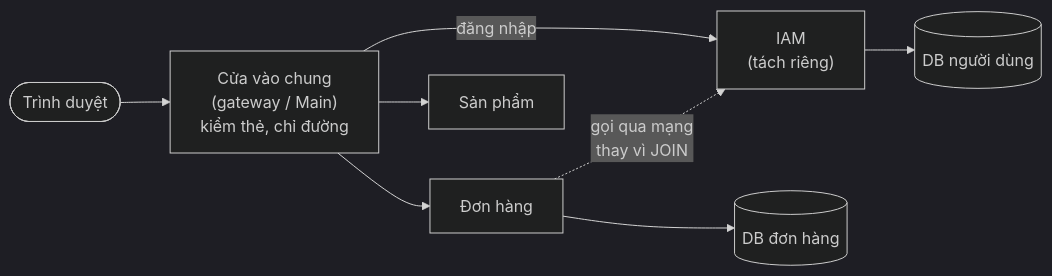
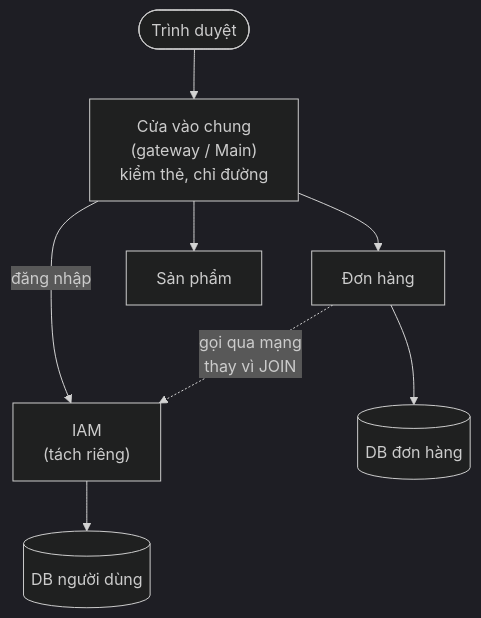
The diagram in content/posts/2026-11-18-api-architecture.md (duongbui234/software-engineering-atlas), drawn with Mermaid (dark theme) before and after one commit. The commit also changed 18 other files, not shown here.

First line of the commit message:
MQ-03 exchange-type comparison, and readable Mermaid diagrams (#6)

````diff
--- a/content/posts/2026-11-18-api-architecture.md
+++ b/content/posts/2026-11-18-api-architecture.md
@@ -53,10 +53,10 @@
 ```mermaid
-flowchart LR
+flowchart TB
     B([Trình duyệt]) --> G["Cửa vào chung<br/>(gateway / Main)<br/>kiểm thẻ, chỉ đường"]
     G --> O["Đơn hàng"]
     G --> P["Sản phẩm"]
     G -- "đăng nhập" --> I["IAM<br/>(tách riêng)"]
     O -. "gọi qua mạng<br/>thay vì JOIN" .-> I
     O --> DB1[("DB đơn hàng")]
     I --> DB2[("DB người dùng")]
 ```
````
